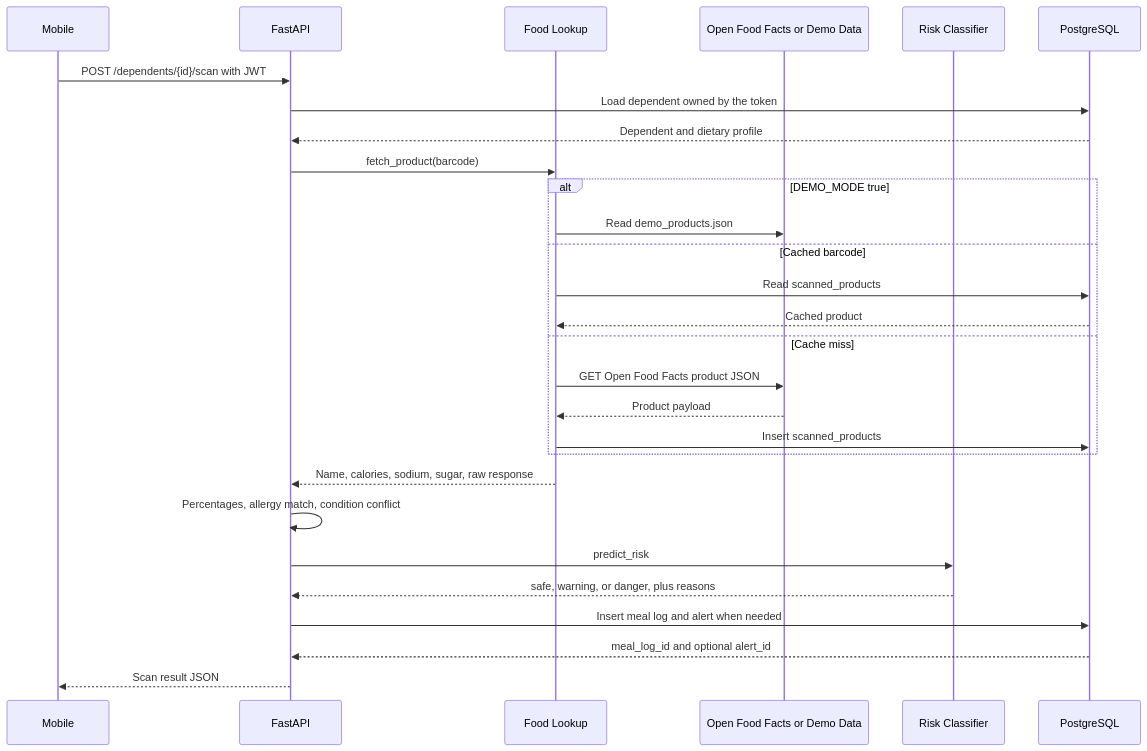
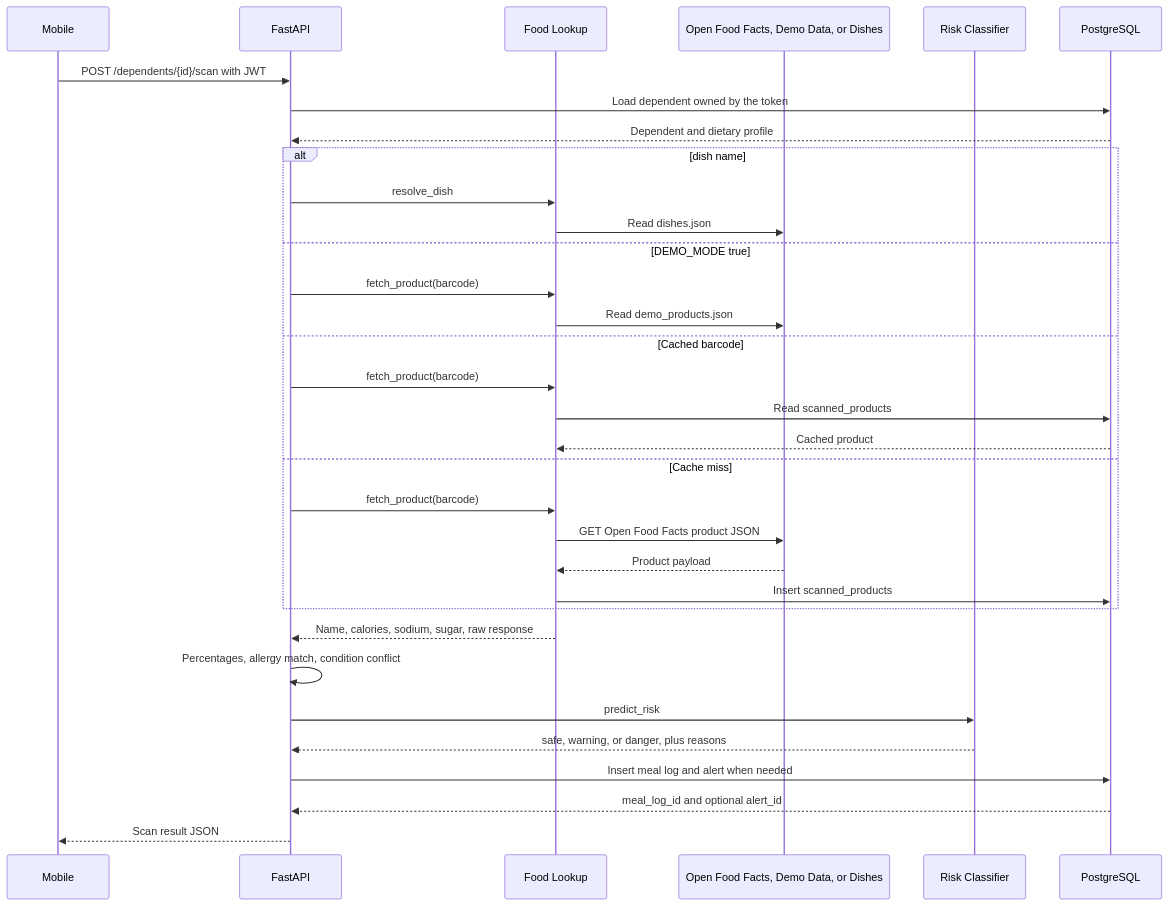
Before and after one commit to punypeony/HEALTHWATCH: the third of 5 diagrams in docs/diagrams.md, drawn with Mermaid. The commit also changed other lines of this file and 38 other files, not shown here.

````diff
--- a/docs/diagrams.md
+++ b/docs/diagrams.md
@@ -52,31 +54,36 @@
 ```mermaid
 sequenceDiagram
   participant Mobile
   participant FastAPI
   participant FoodLookup as Food Lookup
-  participant Source as Open Food Facts or Demo Data
+  participant Source as Open Food Facts, Demo Data, or Dishes
   participant Classifier as Risk Classifier
   participant PostgreSQL
 
   Mobile->>FastAPI: POST /dependents/{id}/scan with JWT
   FastAPI->>PostgreSQL: Load dependent owned by the token
   PostgreSQL-->>FastAPI: Dependent and dietary profile
-  FastAPI->>FoodLookup: fetch_product(barcode)
-  alt DEMO_MODE true
+  alt dish name
+    FastAPI->>FoodLookup: resolve_dish
+    FoodLookup->>Source: Read dishes.json
+  else DEMO_MODE true
+    FastAPI->>FoodLookup: fetch_product(barcode)
     FoodLookup->>Source: Read demo_products.json
   else Cached barcode
+    FastAPI->>FoodLookup: fetch_product(barcode)
     FoodLookup->>PostgreSQL: Read scanned_products
     PostgreSQL-->>FoodLookup: Cached product
   else Cache miss
+    FastAPI->>FoodLookup: fetch_product(barcode)
     FoodLookup->>Source: GET Open Food Facts product JSON
     Source-->>FoodLookup: Product payload
     FoodLookup->>PostgreSQL: Insert scanned_products
   end
   FoodLookup-->>FastAPI: Name, calories, sodium, sugar, raw response
   FastAPI->>FastAPI: Percentages, allergy match, condition conflict
   FastAPI->>Classifier: predict_risk
   Classifier-->>FastAPI: safe, warning, or danger, plus reasons
   FastAPI->>PostgreSQL: Insert meal log and alert when needed
   PostgreSQL-->>FastAPI: meal_log_id and optional alert_id
   FastAPI-->>Mobile: Scan result JSON
 ```
````
